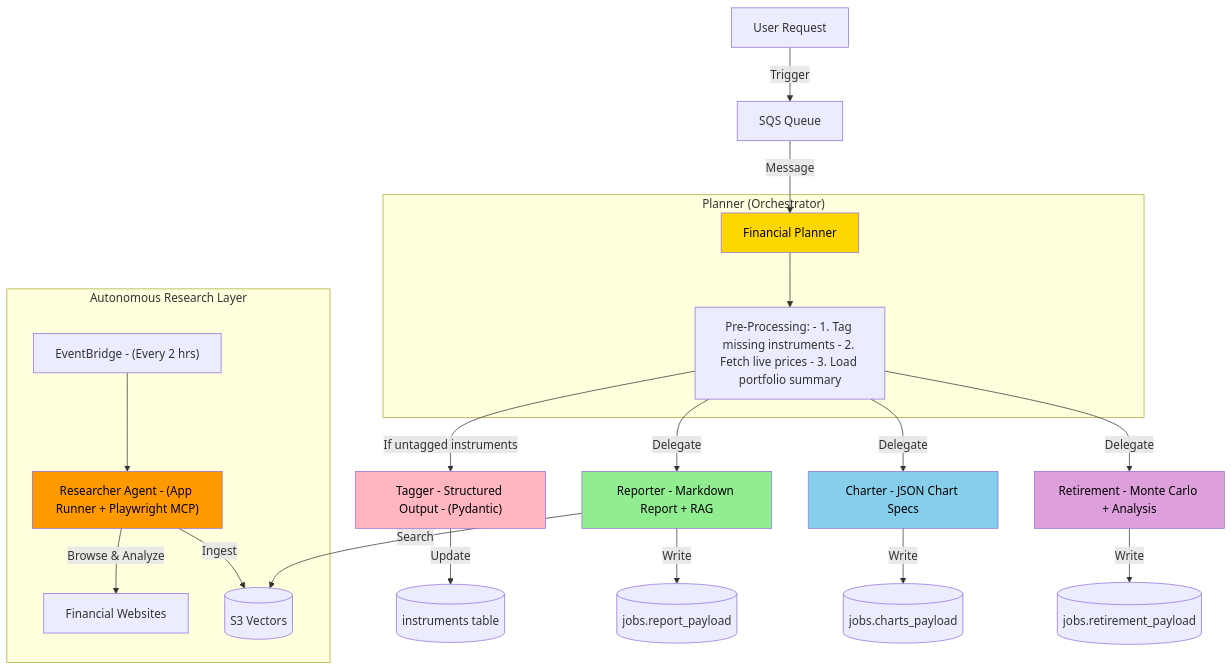
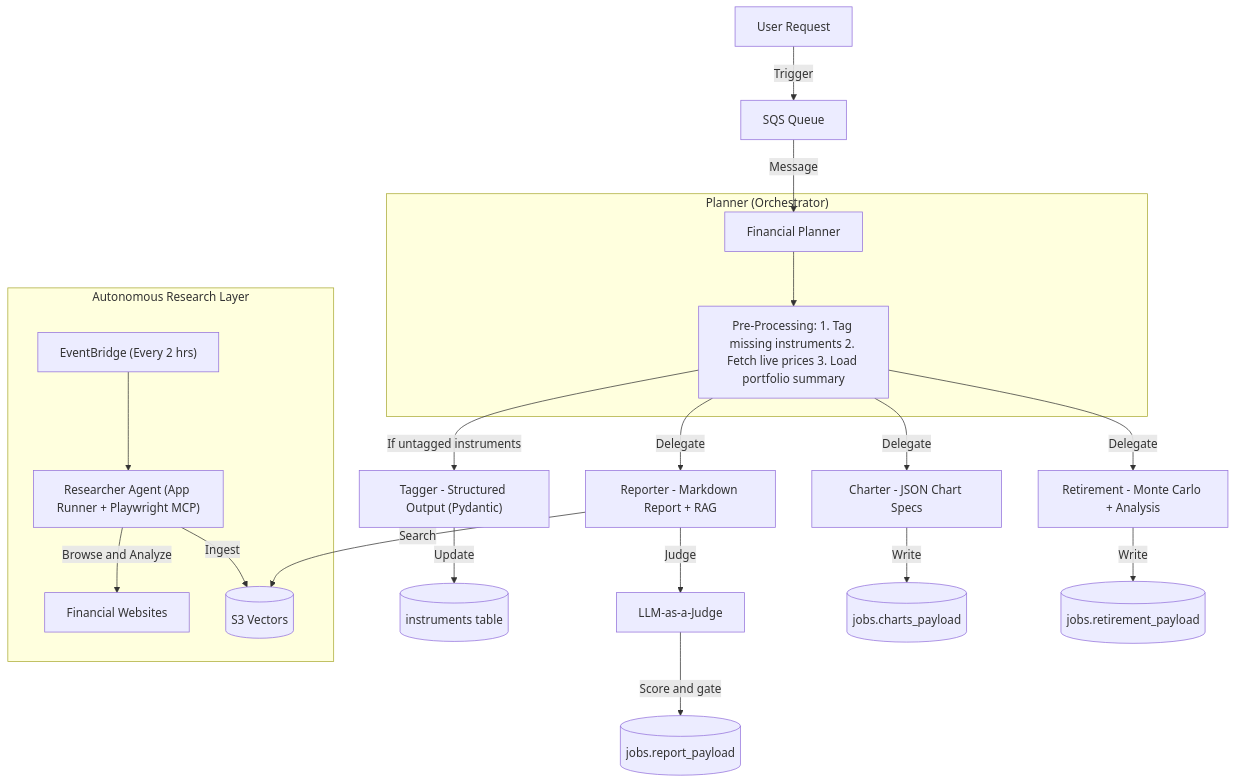
One commit to Vedant-Jayesh-Oza/Stratos changed the second of 4 diagrams in README.md. Above: the diagram before and after it, drawn with Mermaid. The commit also changed other lines of this file, not shown here.

````diff
--- a/README.md
+++ b/README.md
@@ -92,38 +84,32 @@
 ```mermaid
 graph TB
     User["User Request"] -->|Trigger| SQS["SQS Queue"]
     SQS -->|Message| Planner
 
     subgraph ORCHESTRATOR["Planner (Orchestrator)"]
         Planner["Financial Planner"]
-        PreProcess["Pre-Processing: - 1. Tag missing instruments - 2. Fetch live prices - 3. Load portfolio summary"]
+        PreProcess["Pre-Processing: 1. Tag missing instruments 2. Fetch live prices 3. Load portfolio summary"]
         Planner --> PreProcess
     end
 
-    PreProcess -->|"If untagged instruments"| Tagger["Tagger - Structured Output - (Pydantic)"]
+    PreProcess -->|"If untagged instruments"| Tagger["Tagger - Structured Output (Pydantic)"]
     Tagger -->|Update| InstrDB[("instruments table")]
 
     PreProcess -->|Delegate| Reporter["Reporter - Markdown Report + RAG"]
     PreProcess -->|Delegate| Charter["Charter - JSON Chart Specs"]
     PreProcess -->|Delegate| Retirement["Retirement - Monte Carlo + Analysis"]
 
     Reporter -->|Search| S3V[("S3 Vectors")]
-    Reporter -->|Write| JobsDB[("jobs.report_payload")]
+    Reporter -->|Judge| Judge["LLM-as-a-Judge"]
+    Judge -->|Score and gate| ReportDB[("jobs.report_payload")]
     Charter -->|Write| JobsDB2[("jobs.charts_payload")]
     Retirement -->|Write| JobsDB3[("jobs.retirement_payload")]
 
     subgraph AUTONOMOUS["Autonomous Research Layer"]
-        Schedule["EventBridge - (Every 2 hrs)"]
-        Researcher["Researcher Agent - (App Runner + Playwright MCP)"]
+        Schedule["EventBridge (Every 2 hrs)"]
+        Researcher["Researcher Agent (App Runner + Playwright MCP)"]
         Schedule --> Researcher
-        Researcher -->|Browse & Analyze| Web["Financial Websites"]
+        Researcher -->|Browse and Analyze| Web["Financial Websites"]
         Researcher -->|Ingest| S3V
     end
-
-    style Planner fill:#FFD700,color:#000
-    style Tagger fill:#FFB6C1,color:#000
-    style Reporter fill:#90EE90,color:#000
-    style Charter fill:#87CEEB,color:#000
-    style Retirement fill:#DDA0DD,color:#000
-    style Researcher fill:#FF9900,color:#000
 ```
````
